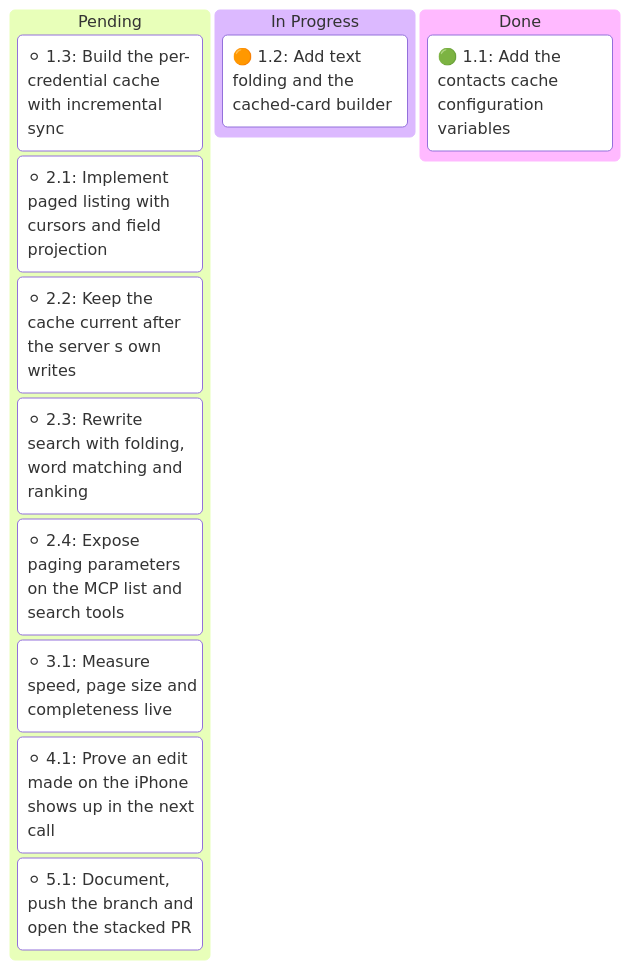
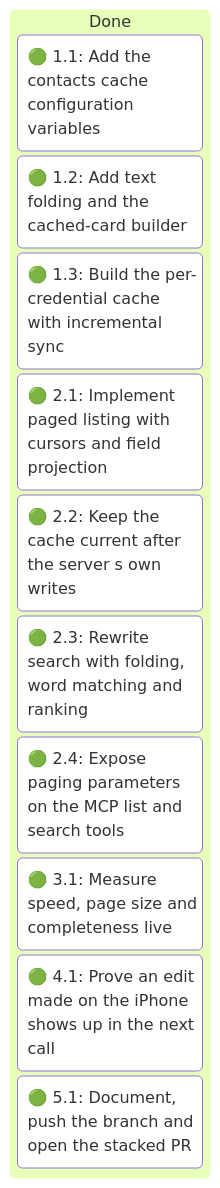
One commit to sohampatwardhan/icloud-mcp changed the first of 2 diagrams in .specs/contacts-list-search-scale/05_execution.md. Above: the diagram before and after it, drawn with Mermaid. The commit also changed other lines of this file and 5 other files, not shown here.

First line of the commit message:
spec: contacts-list-search-scale execution complete

````diff
--- a/.specs/contacts-list-search-scale/05_execution.md
+++ b/.specs/contacts-list-search-scale/05_execution.md
@@ -79,16 +79,14 @@
 ```mermaid
 kanban
-  pending[Pending]
-    t_kanban_1_3[⚪ 1.3: Build the per-credential cache with incremental sync]
-    t_kanban_2_1[⚪ 2.1: Implement paged listing with cursors and field projection]
-    t_kanban_2_2[⚪ 2.2: Keep the cache current after the server s own writes]
-    t_kanban_2_3[⚪ 2.3: Rewrite search with folding, word matching and ranking]
-    t_kanban_2_4[⚪ 2.4: Expose paging parameters on the MCP list and search tools]
-    t_kanban_3_1[⚪ 3.1: Measure speed, page size and completeness live]
-    t_kanban_4_1[⚪ 4.1: Prove an edit made on the iPhone shows up in the next call]
-    t_kanban_5_1[⚪ 5.1: Document, push the branch and open the stacked PR]
-  in_progress[In Progress]
-    t_kanban_1_2[🟠 1.2: Add text folding and the cached-card builder]
   done[Done]
     t_kanban_1_1[🟢 1.1: Add the contacts cache configuration variables]
+    t_kanban_1_2[🟢 1.2: Add text folding and the cached-card builder]
+    t_kanban_1_3[🟢 1.3: Build the per-credential cache with incremental sync]
+    t_kanban_2_1[🟢 2.1: Implement paged listing with cursors and field projection]
+    t_kanban_2_2[🟢 2.2: Keep the cache current after the server s own writes]
+    t_kanban_2_3[🟢 2.3: Rewrite search with folding, word matching and ranking]
+    t_kanban_2_4[🟢 2.4: Expose paging parameters on the MCP list and search tools]
+    t_kanban_3_1[🟢 3.1: Measure speed, page size and completeness live]
+    t_kanban_4_1[🟢 4.1: Prove an edit made on the iPhone shows up in the next call]
+    t_kanban_5_1[🟢 5.1: Document, push the branch and open the stacked PR]
 ```
````
